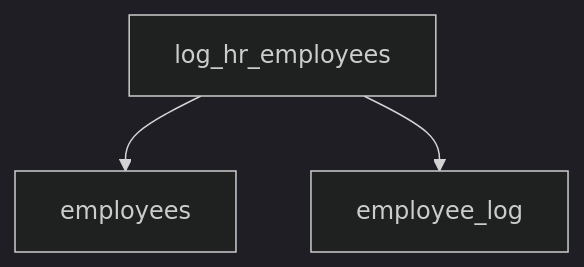
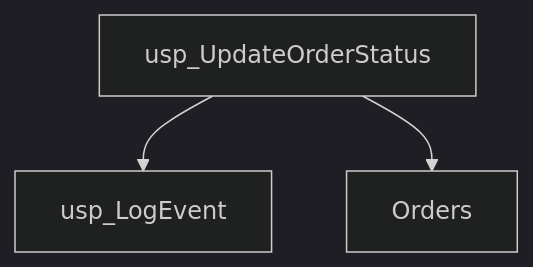
Before and after one commit to 25Jayesh10/Data_Lineage_Analyser_and_Document_Generator: the second of 3 diagrams in output/documents/procedures.md, drawn with Mermaid (dark theme). The commit also changed other lines of this file and 25 other files, not shown here.

Commit message:
updated schema and test cases

````diff
--- a/output/documents/procedures.md
+++ b/output/documents/procedures.md
@@ -219,5 +86,5 @@
 ```mermaid
 graph TD
-    log_hr_employees --> employees
-    log_hr_employees --> employee_log
+    usp_UpdateOrderStatus --> usp_LogEvent
+    usp_UpdateOrderStatus --> Orders
 ```
````
